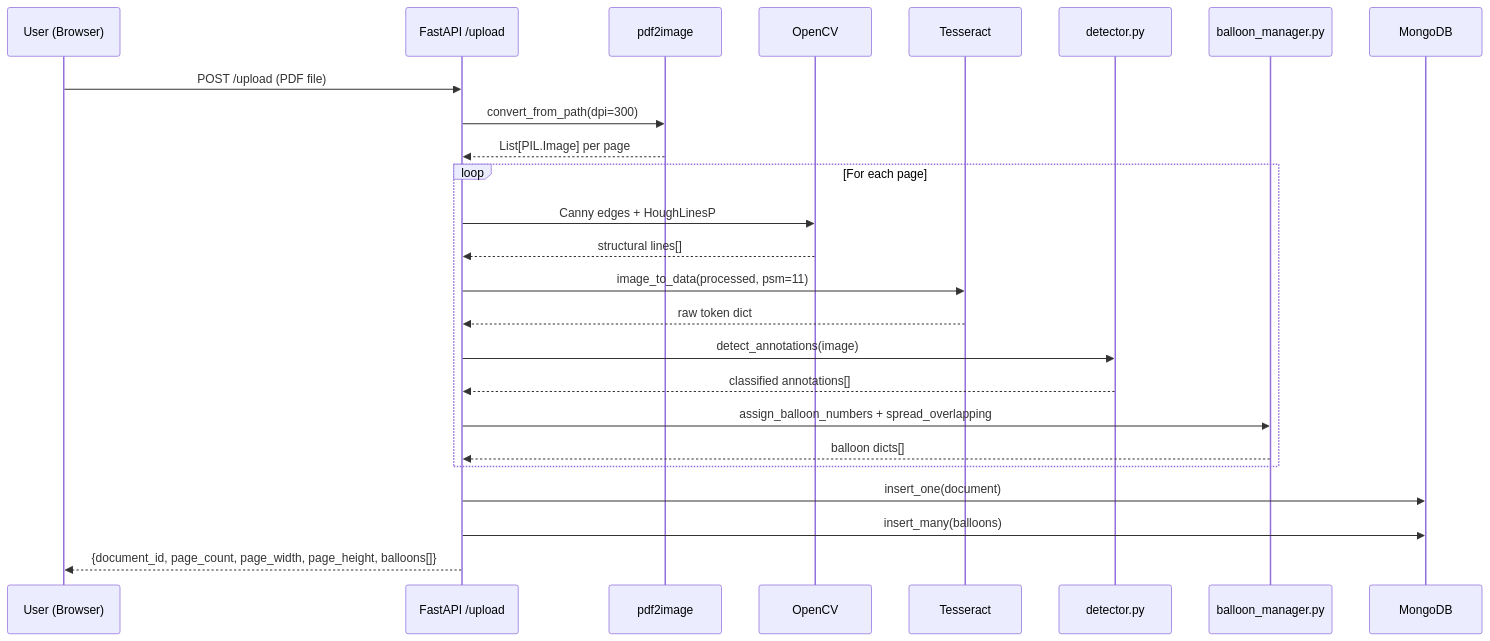
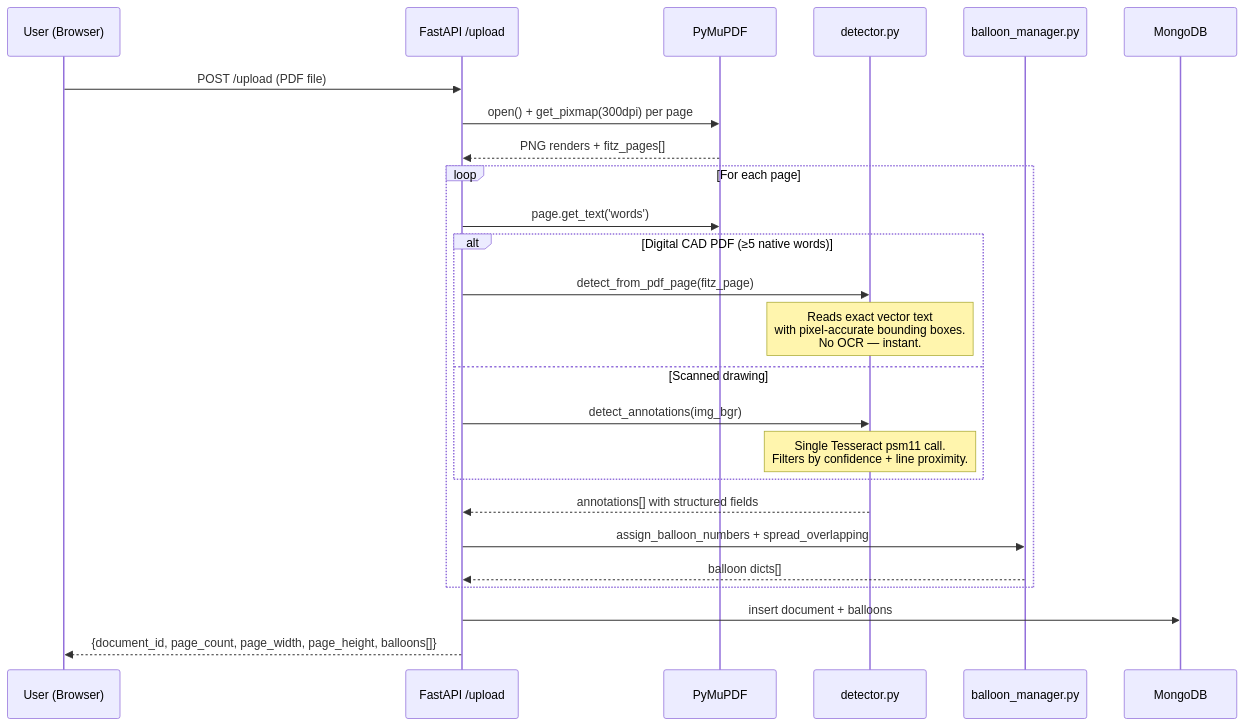
The second of 3 diagrams in README.md (vidhan13i/CADLens), drawn with Mermaid before and after one commit. The commit also changed other lines of this file, not shown here.

````diff
--- a/README.md
+++ b/README.md
@@ -66,30 +79,30 @@
 ```mermaid
 sequenceDiagram
     participant U as User (Browser)
     participant F as FastAPI /upload
-    participant P as pdf2image
-    participant CV as OpenCV
-    participant OCR as Tesseract
+    participant MU as PyMuPDF
     participant D as detector.py
     participant BM as balloon_manager.py
     participant MG as MongoDB
 
     U->>F: POST /upload (PDF file)
-    F->>P: convert_from_path(dpi=300)
-    P-->>F: List[PIL.Image] per page
+    F->>MU: open() + get_pixmap(300dpi) per page
+    MU-->>F: PNG renders + fitz_pages[]
 
     loop For each page
-        F->>CV: Canny edges + HoughLinesP
-        CV-->>F: structural lines[]
-        F->>OCR: image_to_data(processed, psm=11)
-        OCR-->>F: raw token dict
-        F->>D: detect_annotations(image)
-        D-->>F: classified annotations[]
+        F->>MU: page.get_text('words')
+        alt Digital CAD PDF (≥5 native words)
+            F->>D: detect_from_pdf_page(fitz_page)
+            Note over D: Reads exact vector text<br/>with pixel-accurate bounding boxes.<br/>No OCR — instant.
+        else Scanned drawing
+            F->>D: detect_annotations(img_bgr)
+            Note over D: Single Tesseract psm11 call.<br/>Filters by confidence + line proximity.
+        end
+        D-->>F: annotations[] with structured fields
         F->>BM: assign_balloon_numbers + spread_overlapping
         BM-->>F: balloon dicts[]
     end
 
-    F->>MG: insert_one(document)
-    F->>MG: insert_many(balloons)
+    F->>MG: insert document + balloons
     F-->>U: {document_id, page_count, page_width, page_height, balloons[]}
 ```
````
